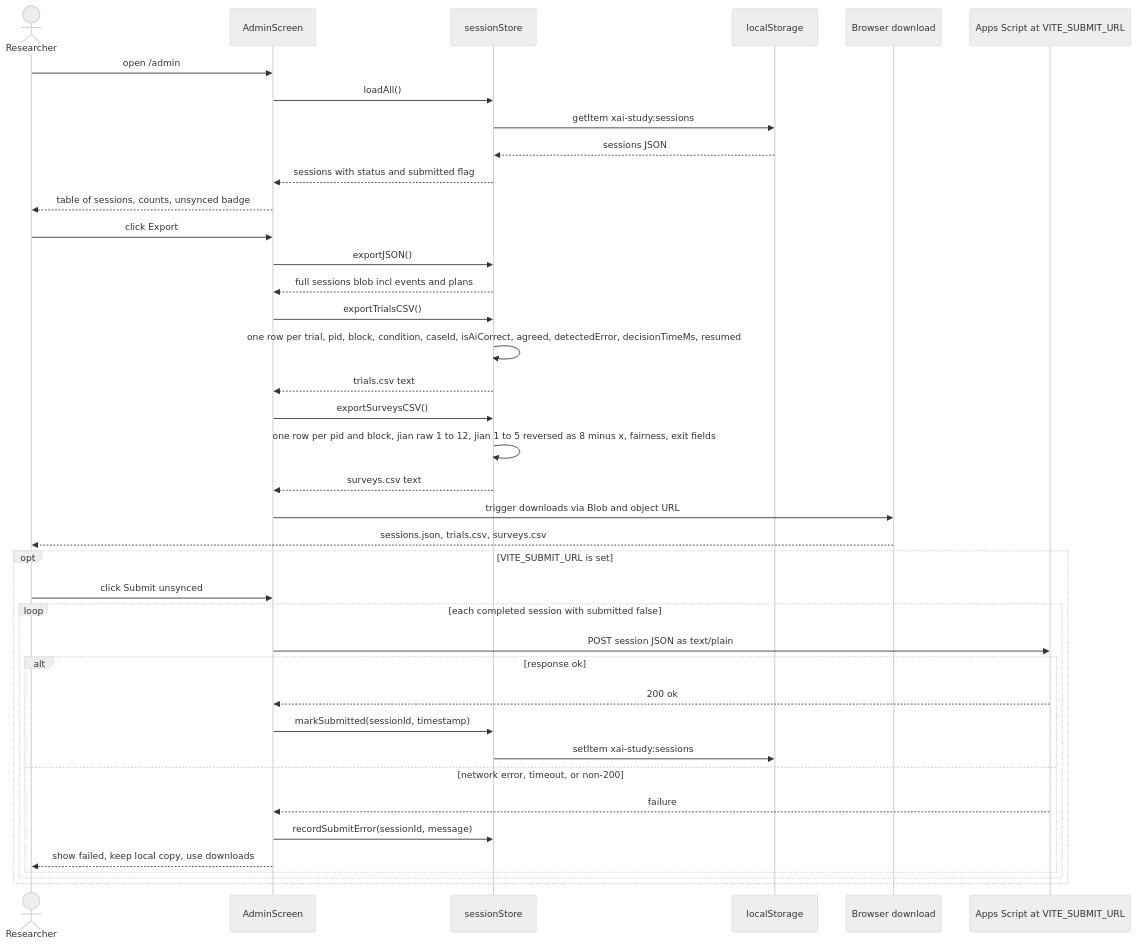
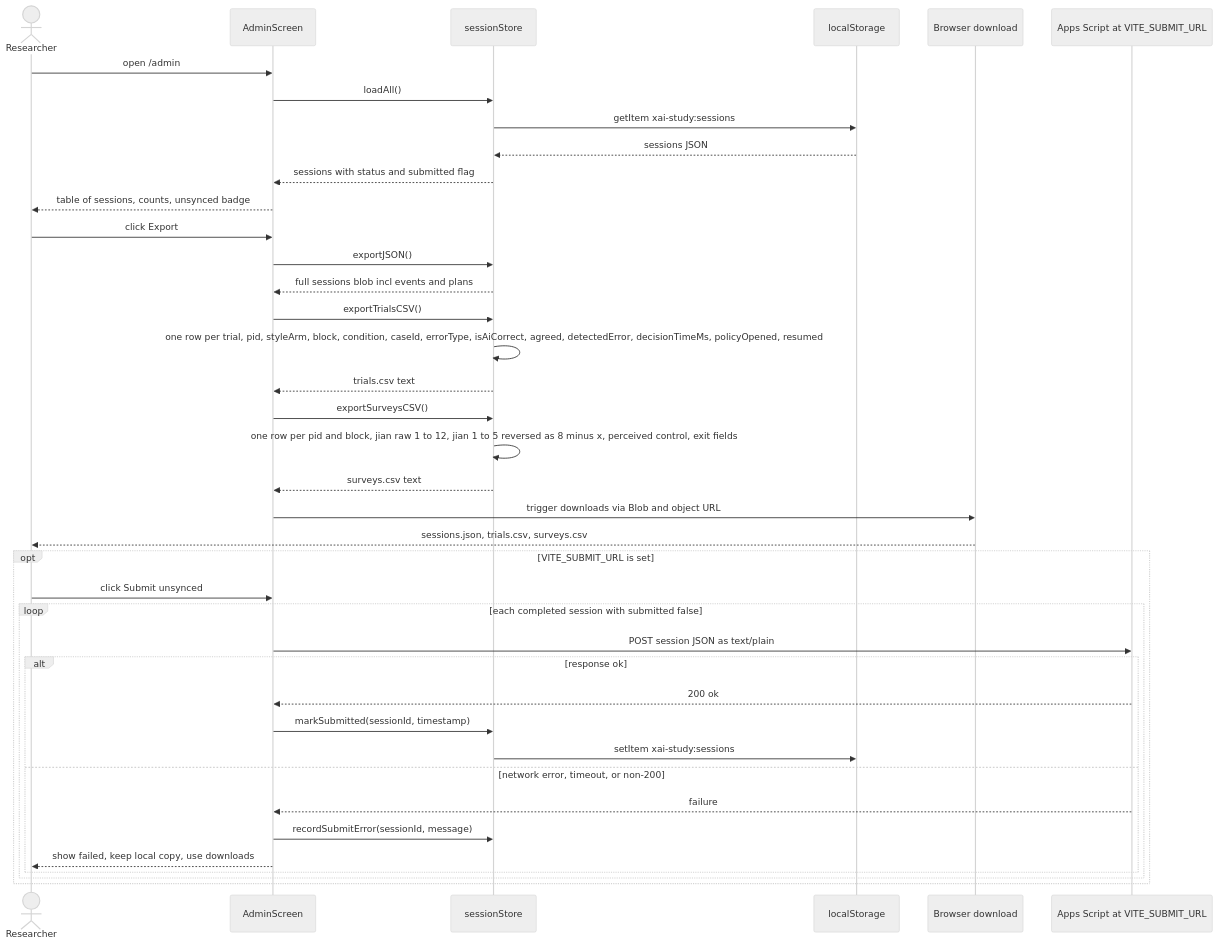
The eighth of 8 diagrams in docs/sequence-diagrams.md (bibekgupta3333/HCI), drawn with Mermaid (neutral theme) before and after one commit. The commit also changed other lines of this file and 10 other files, not shown here.

````diff
--- a/docs/sequence-diagrams.md
+++ b/docs/sequence-diagrams.md
@@ -399,42 +402,42 @@
 ```mermaid
 sequenceDiagram
     actor Researcher
     participant Admin as AdminScreen
     participant SS as sessionStore
     participant LS as localStorage
     participant Browser as Browser download
     participant GAS as Apps Script at VITE_SUBMIT_URL
 
     Researcher->>Admin: open /admin
     Admin->>SS: loadAll()
     SS->>LS: getItem xai-study:sessions
     LS-->>SS: sessions JSON
     SS-->>Admin: sessions with status and submitted flag
     Admin-->>Researcher: table of sessions, counts, unsynced badge
     Researcher->>Admin: click Export
     Admin->>SS: exportJSON()
     SS-->>Admin: full sessions blob incl events and plans
     Admin->>SS: exportTrialsCSV()
-    SS->>SS: one row per trial, pid, block, condition, caseId, isAiCorrect, agreed, detectedError, decisionTimeMs, resumed
+    SS->>SS: one row per trial, pid, styleArm, block, condition, caseId, errorType, isAiCorrect, agreed, detectedError, decisionTimeMs, policyOpened, resumed
     SS-->>Admin: trials.csv text
     Admin->>SS: exportSurveysCSV()
-    SS->>SS: one row per pid and block, jian raw 1 to 12, jian 1 to 5 reversed as 8 minus x, fairness, exit fields
+    SS->>SS: one row per pid and block, jian raw 1 to 12, jian 1 to 5 reversed as 8 minus x, perceived control, exit fields
     SS-->>Admin: surveys.csv text
     Admin->>Browser: trigger downloads via Blob and object URL
     Browser-->>Researcher: sessions.json, trials.csv, surveys.csv
     opt VITE_SUBMIT_URL is set
         Researcher->>Admin: click Submit unsynced
         loop each completed session with submitted false
             Admin->>GAS: POST session JSON as text/plain
             alt response ok
                 GAS-->>Admin: 200 ok
                 Admin->>SS: markSubmitted(sessionId, timestamp)
                 SS->>LS: setItem xai-study:sessions
             else network error, timeout, or non-200
                 GAS-->>Admin: failure
                 Admin->>SS: recordSubmitError(sessionId, message)
                 Admin-->>Researcher: show failed, keep local copy, use downloads
             end
         end
     end
 ```
````
